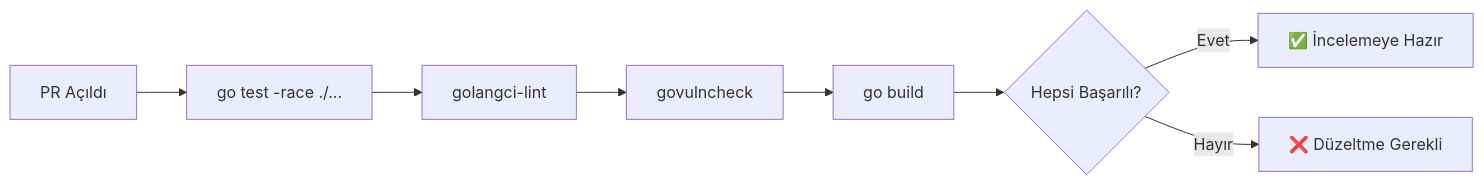
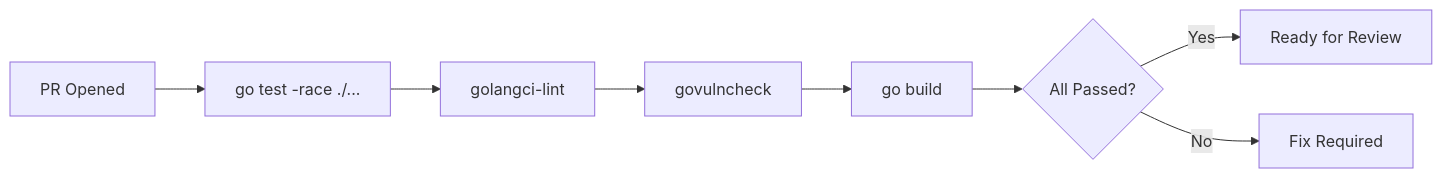
One commit to actions-marketplace-validations/HodeTech_Leakwatch changed the second of 3 diagrams in docs/standards/02-RELEASE-STANDARDS.md. Above: the diagram before and after it, drawn with Mermaid. The commit also changed other lines of this file and 44 other files, not shown here.

````diff
--- a/docs/standards/02-RELEASE-STANDARDS.md
+++ b/docs/standards/02-RELEASE-STANDARDS.md
@@ -105,10 +105,10 @@
 ```mermaid
 flowchart LR
-    A["PR Açıldı"] --> B["go test -race ./..."]
+    A["PR Opened"] --> B["go test -race ./..."]
     B --> C["golangci-lint"]
     C --> D["govulncheck"]
     D --> E["go build"]
-    E --> F{"Hepsi Başarılı?"}
-    F -->|Evet| G["✅ İncelemeye Hazır"]
-    F -->|Hayır| H["❌ Düzeltme Gerekli"]
+    E --> F{"All Passed?"}
+    F -->|Yes| G["Ready for Review"]
+    F -->|No| H["Fix Required"]
 ```
````
